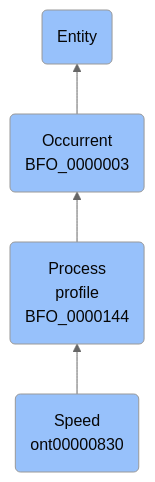
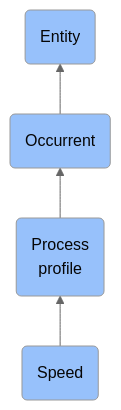
One commit to jupyter-naas/abi changed the diagram in docs/ontology/reference/model/Entity/Occurrent/Process profile/Speed/Speed.md. Above: the diagram before and after it, drawn with Mermaid (neutral theme). The commit also changed other lines of this file and 1430 other files, not shown here.

````diff
--- a/docs/ontology/reference/model/Entity/Occurrent/Process profile/Speed/Speed.md
+++ b/docs/ontology/reference/model/Entity/Occurrent/Process profile/Speed/Speed.md
@@ -24,11 +24,11 @@
 ```mermaid
 graph BT
-    ont00000830(Speed<br>ont00000830):::BFO-->BFO_0000144
-    BFO_0000144(Process<br>profile<br>BFO_0000144):::BFO-->BFO_0000003
-    BFO_0000003(Occurrent<br>BFO_0000003):::BFO-->BFO_0000001
+    ont00000830(Speed):::BFO-->BFO_0000144
+    BFO_0000144(Process<br>profile):::BFO-->BFO_0000003
+    BFO_0000003(Occurrent):::BFO-->BFO_0000001
     BFO_0000001(Entity):::BFO
     
     classDef BFO fill:#97c1fb,color:#060606
     classDef CCO fill:#e4c51e,color:#060606
     classDef ABI fill:#48DD82,color:#060606
 ```
````
